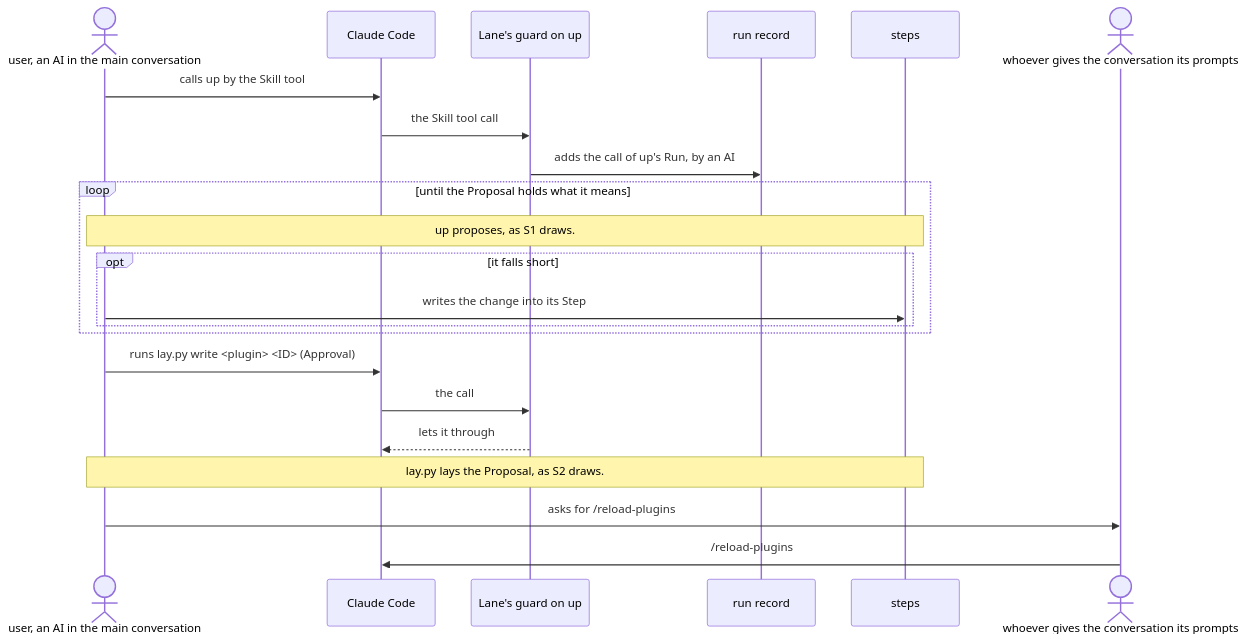
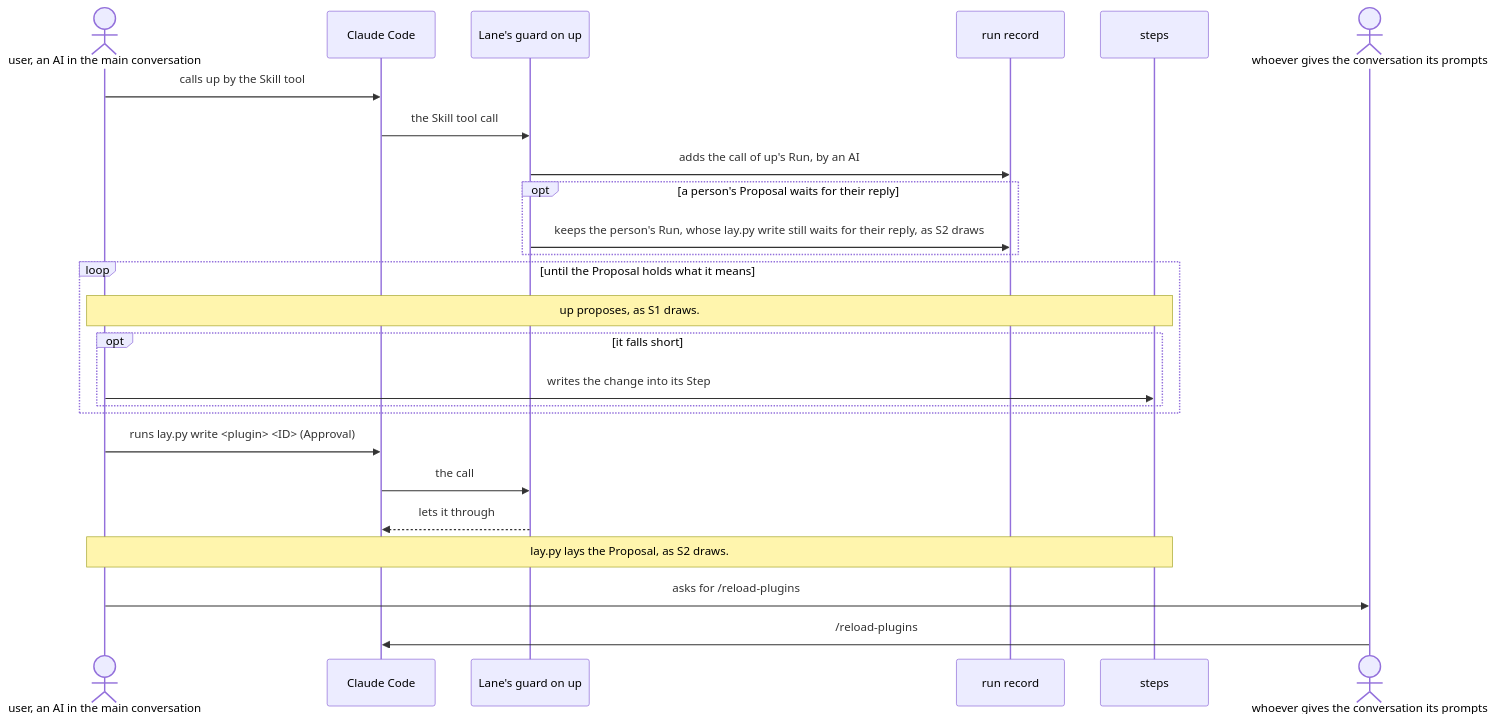
One commit to lovaizu/ccpm changed the third of 7 diagrams in dev/lane/architecture.md. Above: the diagram before and after it, drawn with Mermaid. The commit also changed other lines of this file and 1 other file, not shown here.

````diff
--- a/dev/lane/architecture.md
+++ b/dev/lane/architecture.md
@@ -295,24 +295,27 @@
 ```mermaid
 sequenceDiagram
   actor A as user, an AI in the main conversation
   participant CC as Claude Code
   participant G as Lane's guard on up
   participant RS as run record
   participant ST as steps
   actor D as whoever gives the conversation its prompts
   A->>CC: calls up by the Skill tool
   CC->>G: the Skill tool call
   G->>RS: adds the call of up's Run, by an AI
+  opt a person's Proposal waits for their reply
+    G->>RS: keeps the person's Run, whose lay.py write still waits for their reply, as S2 draws
+  end
   loop until the Proposal holds what it means
     Note over A,ST: up proposes, as S1 draws.
     opt it falls short
       A->>ST: writes the change into its Step
     end
   end
   A->>CC: runs lay.py write <plugin> <ID> (Approval)
   CC->>G: the call
   G-->>CC: lets it through
   Note over A,ST: lay.py lays the Proposal, as S2 draws.
   A->>D: asks for /reload-plugins
   D->>CC: /reload-plugins
 ```
````
